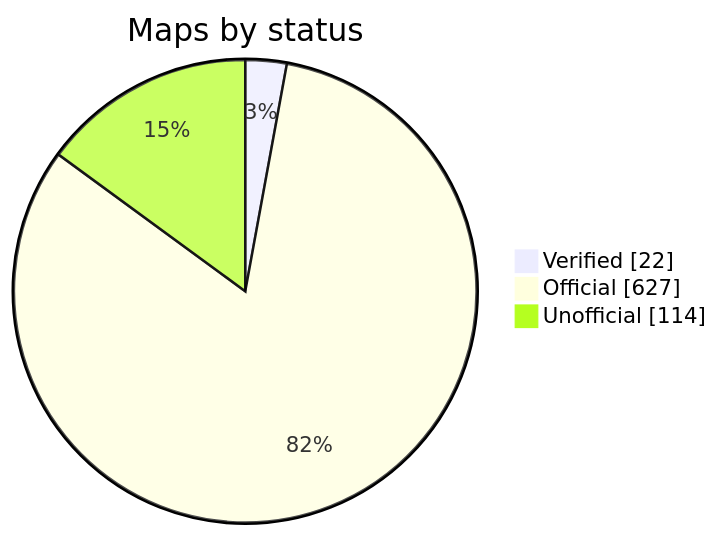
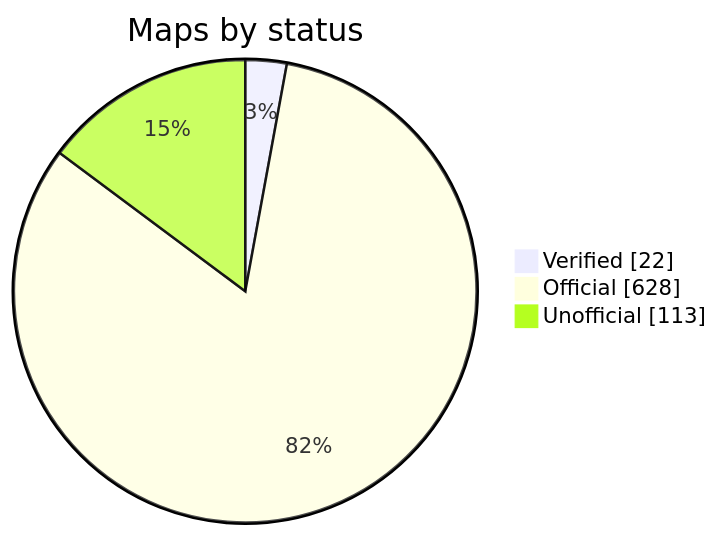
The diagram in README.md (nobrega8/mbmap-library), drawn with Mermaid before and after one commit. The commit also changed 6 other files, not shown here.

````diff
--- a/README.md
+++ b/README.md
@@ -52,7 +52,7 @@
 ```mermaid
 pie showData
     title Maps by status
     "Verified" : 22
-    "Official" : 627
-    "Unofficial" : 114
+    "Official" : 628
+    "Unofficial" : 113
 ```
````
